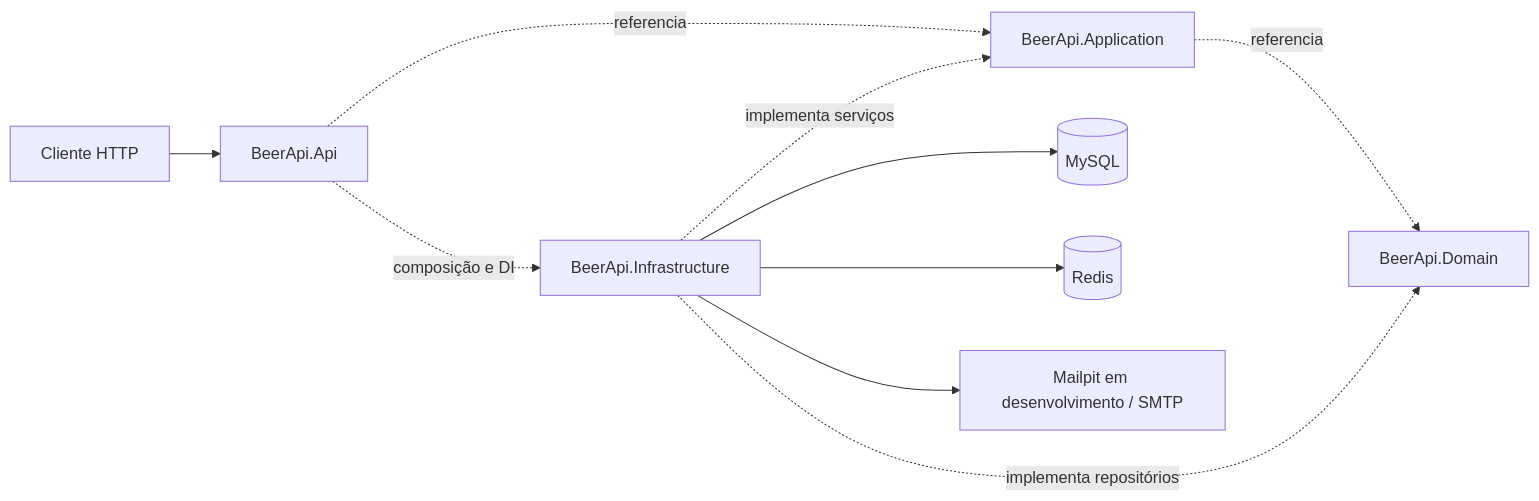
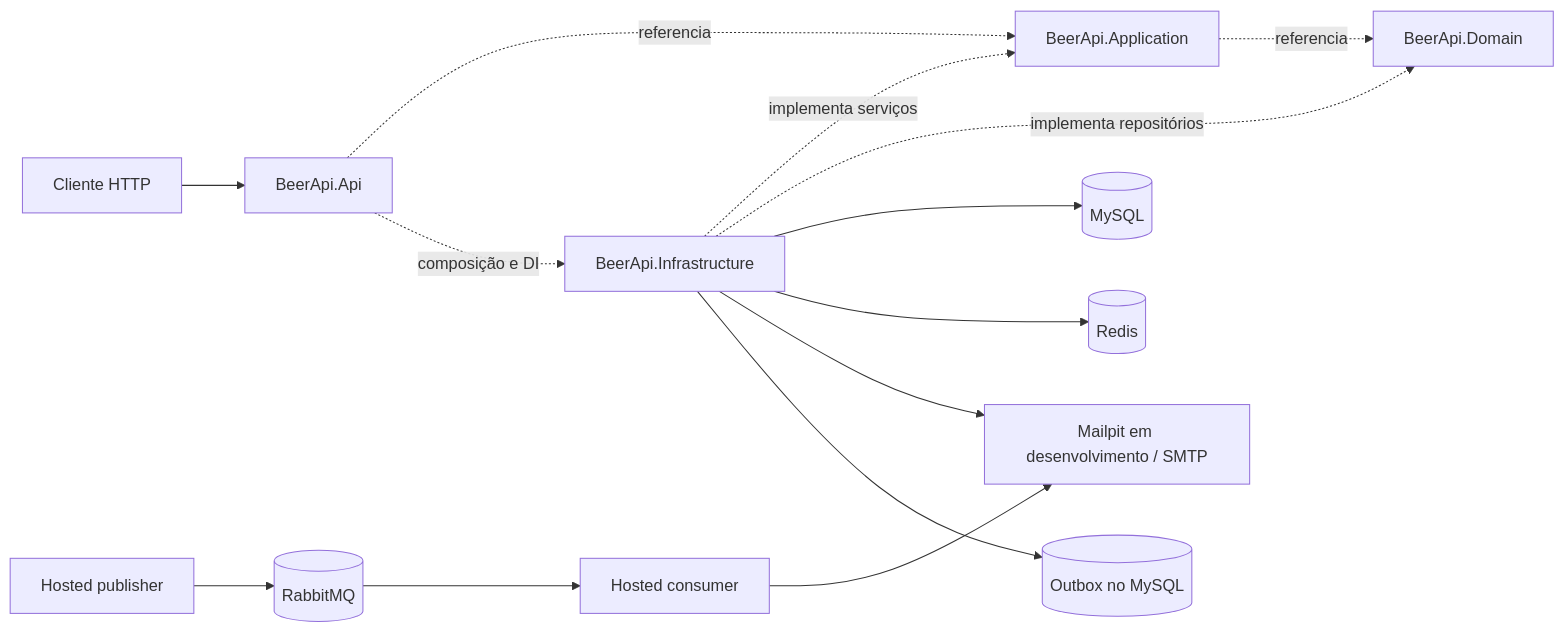
Before and after one commit to LeonardoMarinelli/BeerApi: the first of 4 diagrams in README.md, drawn with Mermaid. The commit also changed other lines of this file and 100 other files, not shown here.

````diff
--- a/README.md
+++ b/README.md
@@ -15,12 +15,16 @@
 ```mermaid
 flowchart LR
     Client[Cliente HTTP] --> API[BeerApi.Api]
     API -. referencia .-> Application[BeerApi.Application]
     API -. composição e DI .-> Infrastructure[BeerApi.Infrastructure]
     Application -. referencia .-> Domain[BeerApi.Domain]
     Infrastructure -. implementa serviços .-> Application
     Infrastructure -. implementa repositórios .-> Domain
     Infrastructure --> MySQL[(MySQL)]
     Infrastructure --> Redis[(Redis)]
     Infrastructure --> SMTP[Mailpit em desenvolvimento / SMTP]
+    Infrastructure --> Outbox[(Outbox no MySQL)]
+    OutboxPublisher[Hosted publisher] --> RabbitMQ[(RabbitMQ)]
+    RabbitMQ --> NotificationConsumer[Hosted consumer]
+    NotificationConsumer --> SMTP
 ```
````
